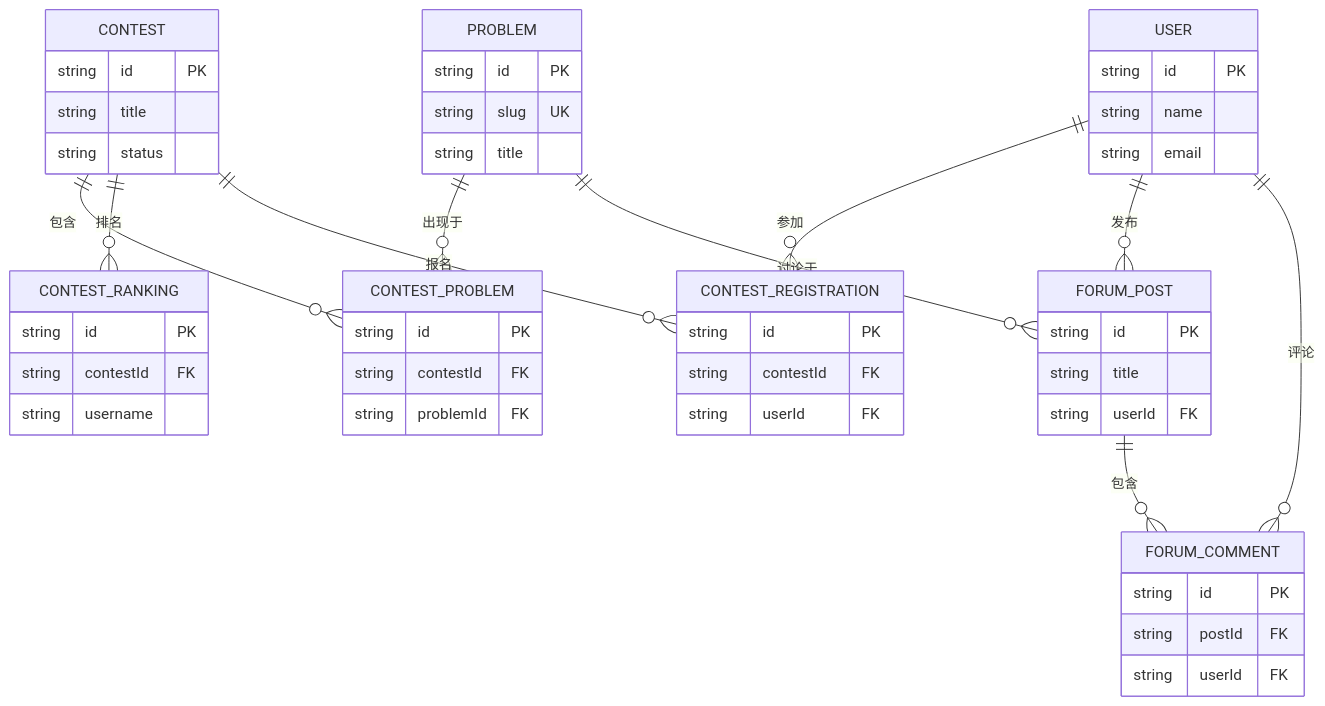
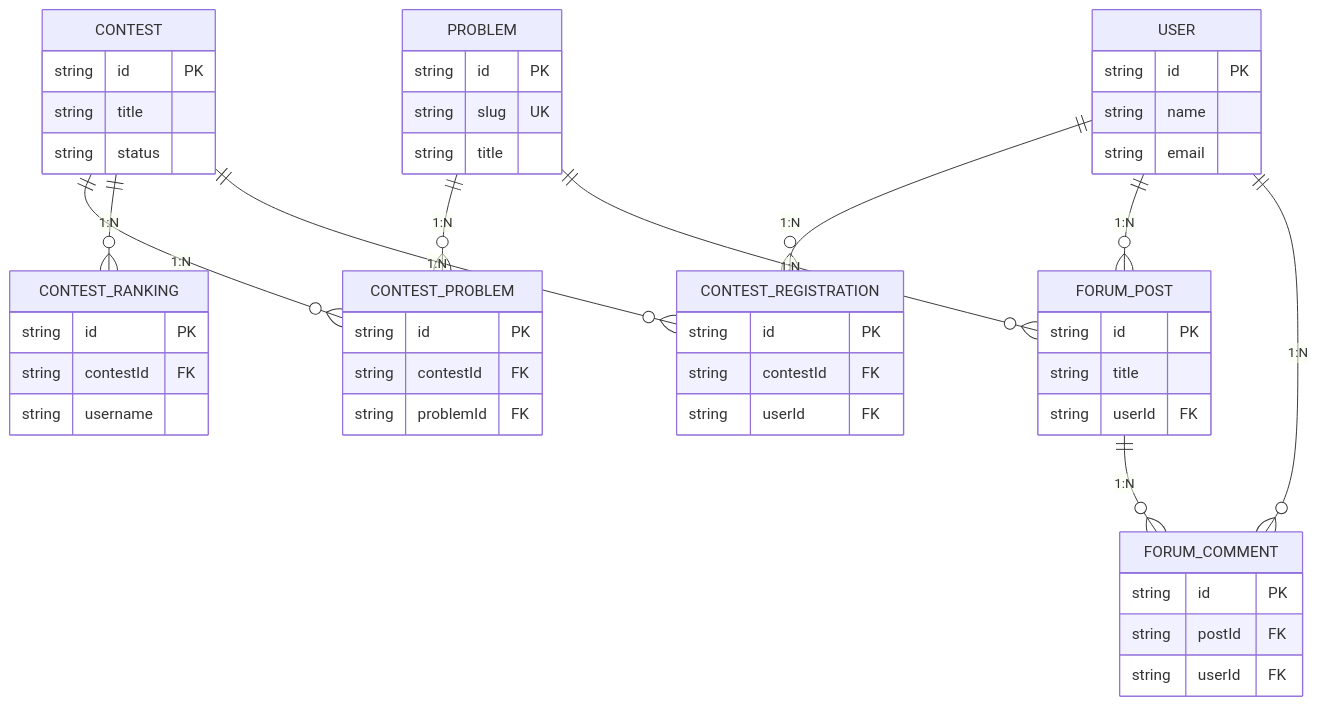
The fourth of 4 diagrams in mermaid.md (mulberyn/aI-coding-learning-platform), drawn with Mermaid before and after one commit. The commit also changed other lines of this file and 3 other files, not shown here.

````diff
--- a/mermaid.md
+++ b/mermaid.md
@@ -173,60 +175,60 @@
 ```mermaid
 erDiagram
 	CONTEST {
 		string id PK
 		string title
 		string status
 	}
 
 	CONTEST_PROBLEM {
 		string id PK
 		string contestId FK
 		string problemId FK
 	}
 
 	CONTEST_RANKING {
 		string id PK
 		string contestId FK
 		string username
 	}
 
 	CONTEST_REGISTRATION {
 		string id PK
 		string contestId FK
 		string userId FK
 	}
 
 	FORUM_POST {
 		string id PK
 		string title
 		string userId FK
 	}
 
 	FORUM_COMMENT {
 		string id PK
 		string postId FK
 		string userId FK
 	}
 
 	USER {
 		string id PK
 		string name
 		string email
 	}
 
 	PROBLEM {
 		string id PK
 		string slug UK
 		string title
 	}
 
-	CONTEST ||--o{ CONTEST_PROBLEM : 包含
-	CONTEST ||--o{ CONTEST_RANKING : 排名
-	CONTEST ||--o{ CONTEST_REGISTRATION : 报名
-	USER ||--o{ CONTEST_REGISTRATION : 参加
-	USER ||--o{ FORUM_POST : 发布
-	USER ||--o{ FORUM_COMMENT : 评论
-	PROBLEM ||--o{ CONTEST_PROBLEM : 出现于
-	PROBLEM ||--o{ FORUM_POST : 讨论于
-	FORUM_POST ||--o{ FORUM_COMMENT : 包含
+	CONTEST ||--o{ CONTEST_PROBLEM : "1:N"
+	CONTEST ||--o{ CONTEST_RANKING : "1:N"
+	CONTEST ||--o{ CONTEST_REGISTRATION : "1:N"
+	USER ||--o{ CONTEST_REGISTRATION : "1:N"
+	USER ||--o{ FORUM_POST : "1:N"
+	USER ||--o{ FORUM_COMMENT : "1:N"
+	PROBLEM ||--o{ CONTEST_PROBLEM : "1:N"
+	PROBLEM ||--o{ FORUM_POST : "1:N"
+	FORUM_POST ||--o{ FORUM_COMMENT : "1:N"
 ```
````
